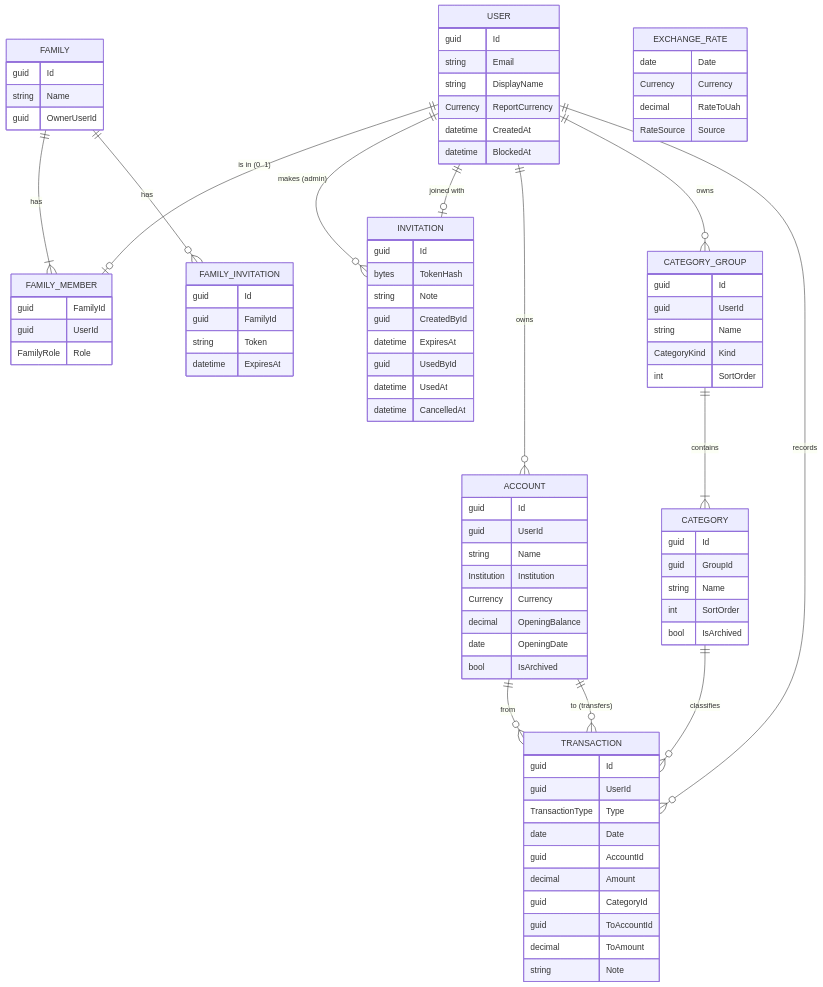
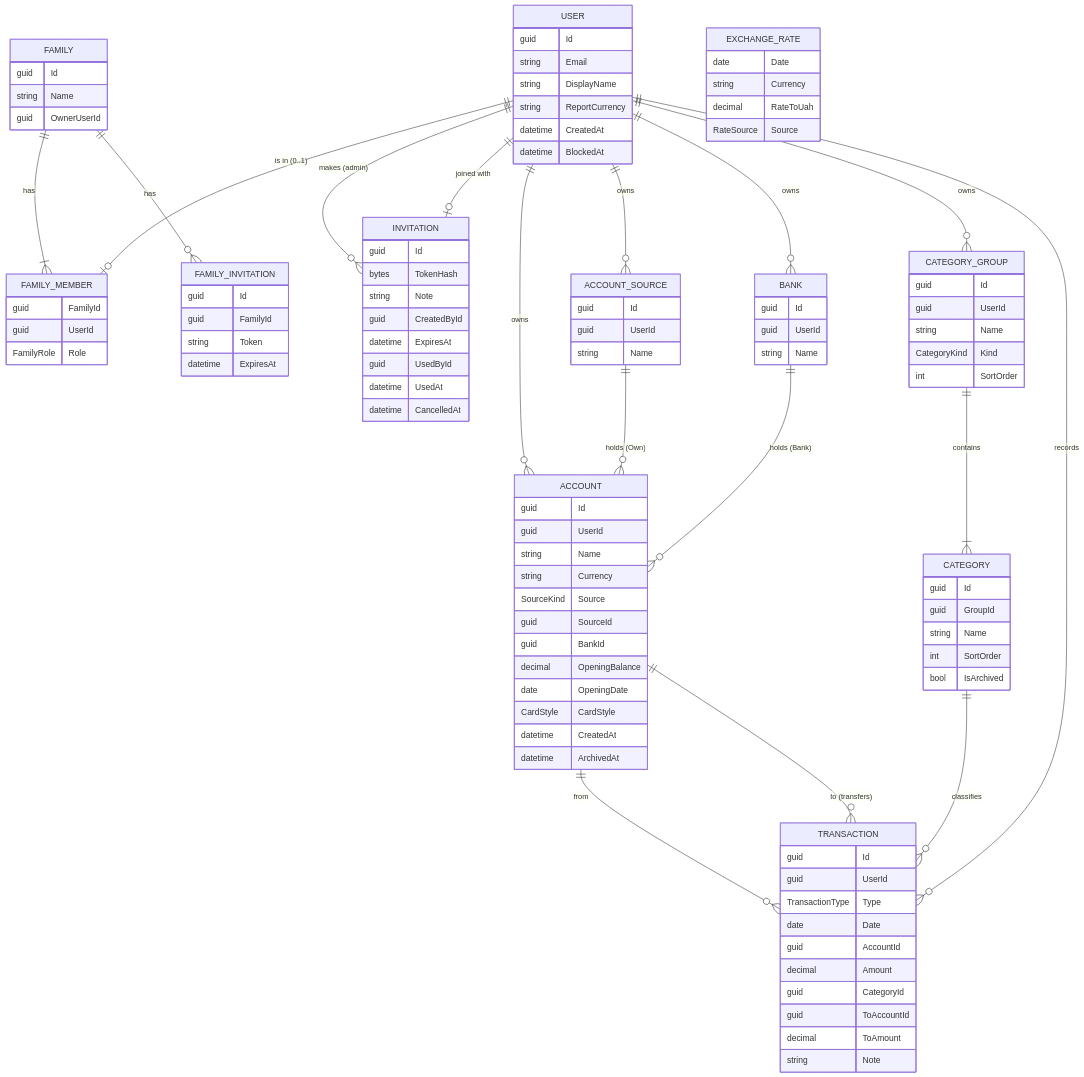
Before and after one commit to yuliaBiriukova/PupBudgetPlanner: the second of 3 diagrams in docs/ARCHITECTURE.md, drawn with Mermaid. The commit also changed other lines of this file and 5 other files, not shown here.

````diff
--- a/docs/ARCHITECTURE.md
+++ b/docs/ARCHITECTURE.md
@@ -87,27 +87,33 @@
 ```mermaid
 erDiagram
     USER ||--o| FAMILY_MEMBER : "is in (0..1)"
     FAMILY ||--|{ FAMILY_MEMBER : has
     FAMILY ||--o{ FAMILY_INVITATION : has
     USER ||--o{ INVITATION : "makes (admin)"
     USER ||--o| INVITATION : "joined with"
     USER ||--o{ ACCOUNT : owns
+    USER ||--o{ ACCOUNT_SOURCE : owns
+    USER ||--o{ BANK : owns
+    ACCOUNT_SOURCE ||--o{ ACCOUNT : "holds (Own)"
+    BANK ||--o{ ACCOUNT : "holds (Bank)"
     USER ||--o{ CATEGORY_GROUP : owns
     CATEGORY_GROUP ||--|{ CATEGORY : contains
     USER ||--o{ TRANSACTION : records
     ACCOUNT ||--o{ TRANSACTION : "from"
     ACCOUNT ||--o{ TRANSACTION : "to (transfers)"
     CATEGORY ||--o{ TRANSACTION : "classifies"
     EXCHANGE_RATE
 
-    USER { guid Id string Email string DisplayName Currency ReportCurrency datetime CreatedAt datetime BlockedAt }
+    USER { guid Id string Email string DisplayName string ReportCurrency datetime CreatedAt datetime BlockedAt }
     INVITATION { guid Id bytes TokenHash string Note guid CreatedById datetime ExpiresAt guid UsedById datetime UsedAt datetime CancelledAt }
     FAMILY { guid Id string Name guid OwnerUserId }
     FAMILY_MEMBER { guid FamilyId guid UserId FamilyRole Role }
     FAMILY_INVITATION { guid Id guid FamilyId string Token datetime ExpiresAt }
-    ACCOUNT { guid Id guid UserId string Name Institution Institution Currency Currency decimal OpeningBalance date OpeningDate bool IsArchived }
+    ACCOUNT { guid Id guid UserId string Name string Currency SourceKind Source guid SourceId guid BankId decimal OpeningBalance date OpeningDate CardStyle CardStyle datetime CreatedAt datetime ArchivedAt }
+    ACCOUNT_SOURCE { guid Id guid UserId string Name }
+    BANK { guid Id guid UserId string Name }
     CATEGORY_GROUP { guid Id guid UserId string Name CategoryKind Kind int SortOrder }
     CATEGORY { guid Id guid GroupId string Name int SortOrder bool IsArchived }
     TRANSACTION { guid Id guid UserId TransactionType Type date Date guid AccountId decimal Amount guid CategoryId guid ToAccountId decimal ToAmount string Note }
-    EXCHANGE_RATE { date Date Currency Currency decimal RateToUah RateSource Source }
+    EXCHANGE_RATE { date Date string Currency decimal RateToUah RateSource Source }
 ```
````
